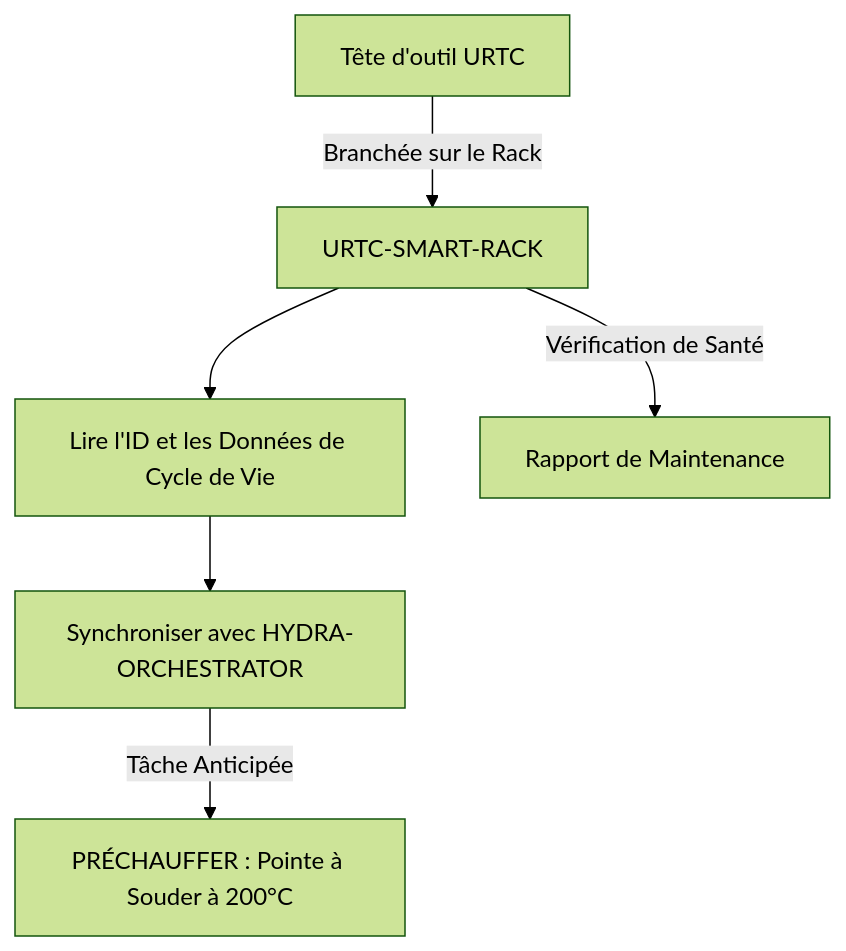
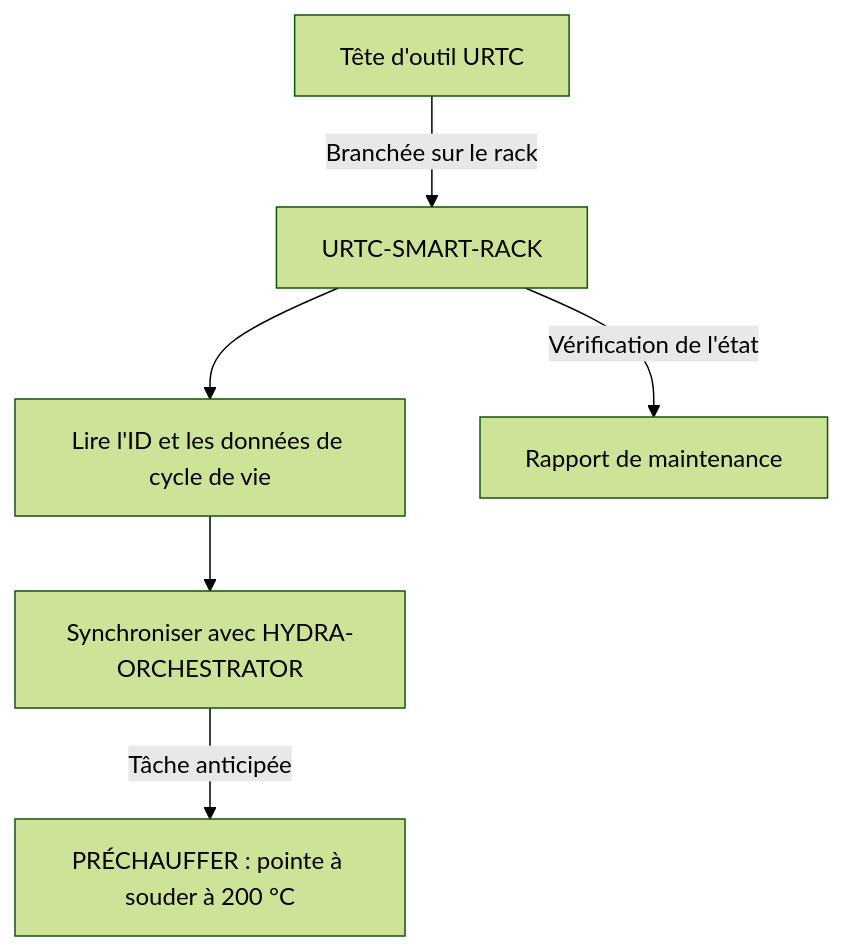
The diagram in README_fra.md (JuanenRac/URTC-SMART-RACK), drawn with Mermaid (forest theme) before and after one commit. The commit also changed other lines of this file and 4 other files, not shown here.

````diff
--- a/README_fra.md
+++ b/README_fra.md
@@ -90,8 +90,8 @@
 ```mermaid
 flowchart TB
-    TOOL["Tête d'outil URTC"] -- Branchée sur le Rack --> RACK["URTC-SMART-RACK"]
-    RACK --> IDENT["Lire l'ID et les Données de Cycle de Vie"]
+    TOOL["Tête d'outil URTC"] -- Branchée sur le rack --> RACK["URTC-SMART-RACK"]
+    RACK --> IDENT["Lire l'ID et les données de cycle de vie"]
     IDENT --> SYNC["Synchroniser avec HYDRA-ORCHESTRATOR"]
-    SYNC -- Tâche Anticipée --> HEAT["PRÉCHAUFFER : Pointe à Souder à 200°C"]
-    RACK -- Vérification de Santé --> LOG["Rapport de Maintenance"]
+    SYNC -- Tâche anticipée --> HEAT["PRÉCHAUFFER : pointe à souder à 200 °C"]
+    RACK -- Vérification de l'état --> LOG["Rapport de maintenance"]
 ```
````
